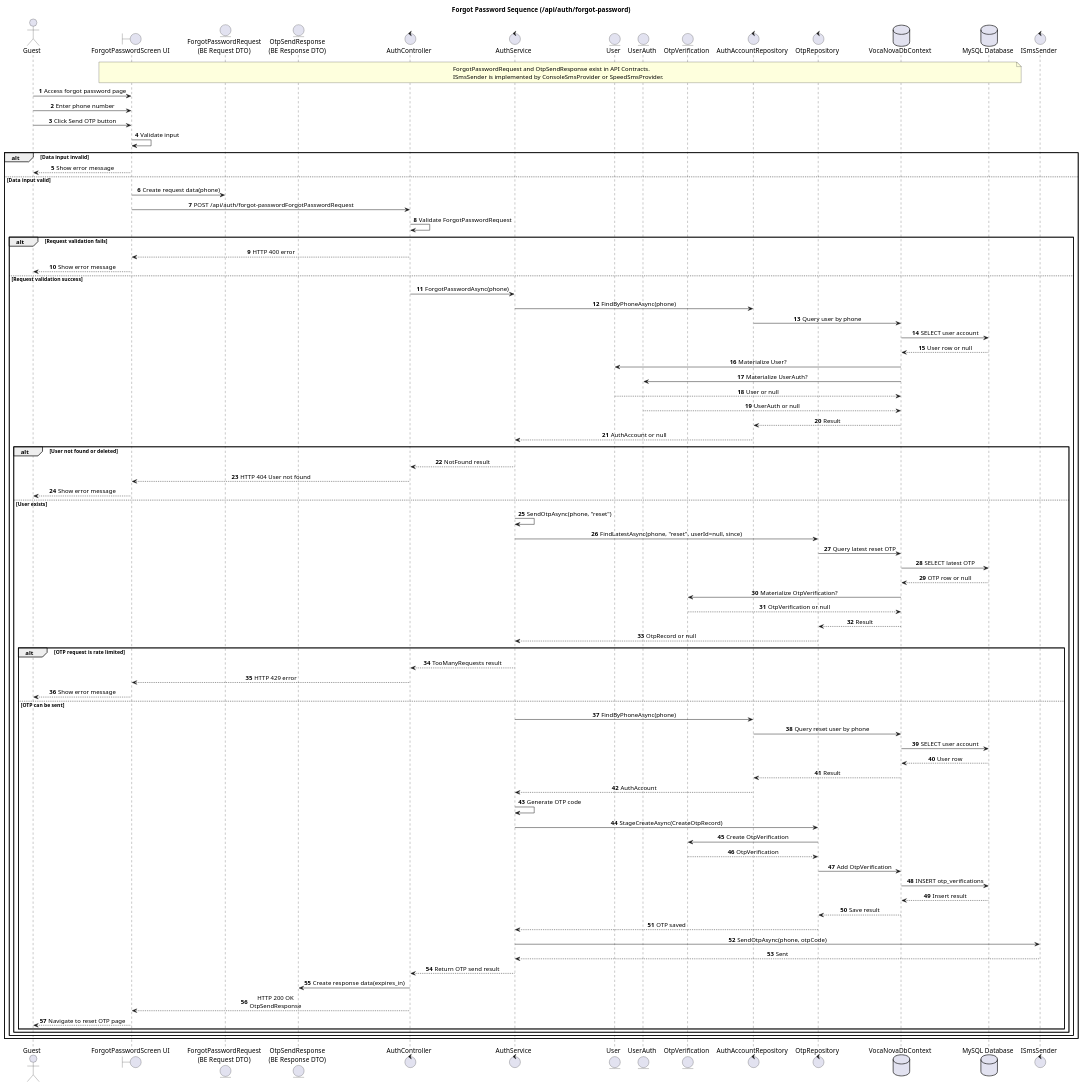
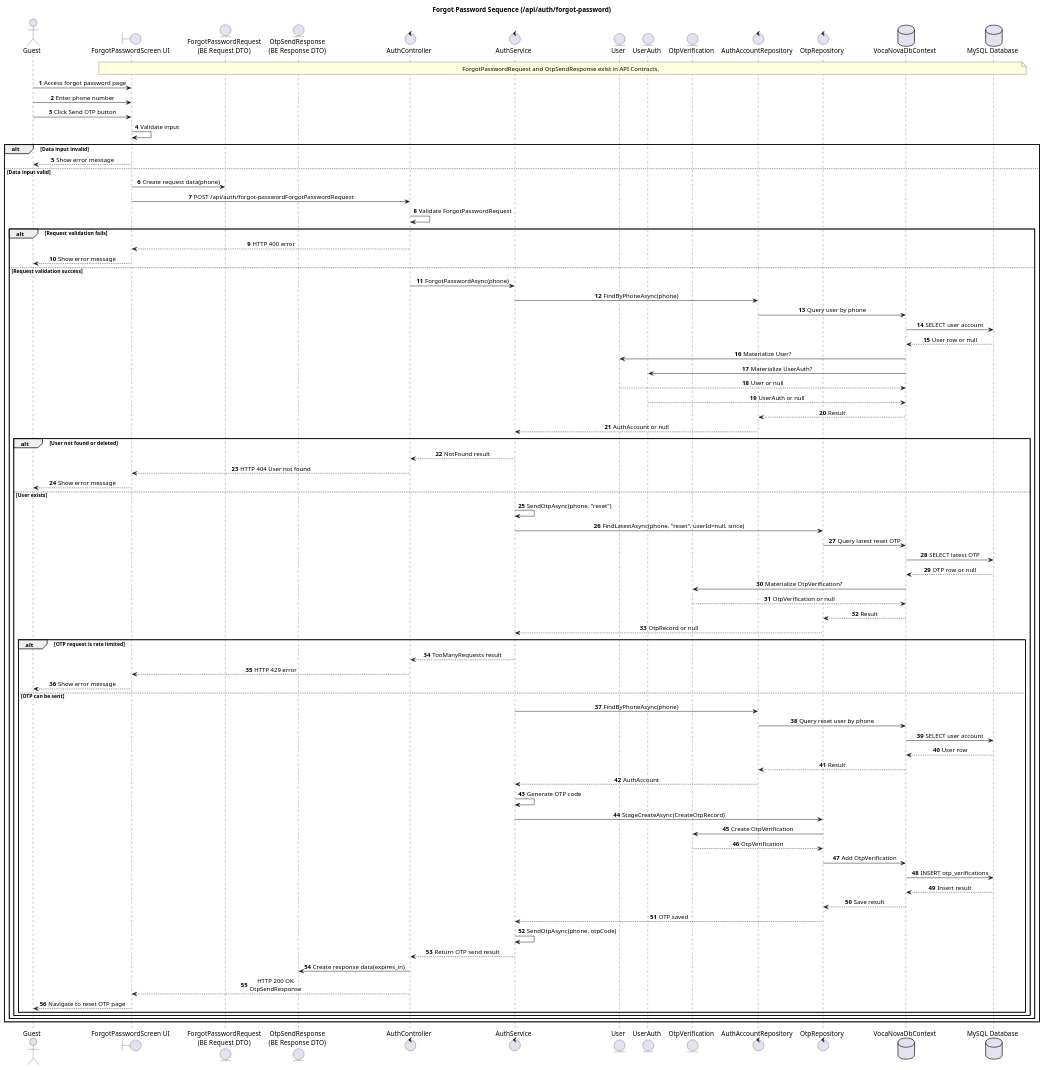
Before and after one commit to thisIsCenx04/VocaNova: the diagram in docs/diagrams/auth-forgot-password-sequence.puml, drawn with PlantUML. The commit also changed 69 other files, not shown here.

Commit message:
fix/sequences and class

```diff
--- a/docs/diagrams/auth-forgot-password-sequence.puml
+++ b/docs/diagrams/auth-forgot-password-sequence.puml
@@ -1,93 +1,90 @@
 @startuml
 title Forgot Password Sequence (/api/auth/forgot-password)
 autonumber
 skinparam responseMessageBelowArrow true
 skinparam sequenceMessageAlign center
 actor Guest
 boundary "ForgotPasswordScreen UI" as ForgotPasswordScreen
 entity "ForgotPasswordRequest\n(BE Request DTO)" as ForgotPasswordRequestDto
 entity "OtpSendResponse\n(BE Response DTO)" as ForgotPasswordResponseDto
 control "AuthController" as AuthController
 control "AuthService" as AuthService
 entity "User" as UserEntity
 entity "UserAuth" as UserAuthEntity
 entity "OtpVerification" as OtpEntity
 control "AuthAccountRepository" as AuthAccountRepository
 control "OtpRepository" as OtpRepository
 database "VocaNovaDbContext" as DbContext
 database "MySQL Database" as MySQL
-control "ISmsSender" as SmsSender
 note over ForgotPasswordScreen, MySQL
 ForgotPasswordRequest and OtpSendResponse exist in API Contracts.
-ISmsSender is implemented by ConsoleSmsProvider or SpeedSmsProvider.
 end note
 Guest -> ForgotPasswordScreen: Access forgot password page
 Guest -> ForgotPasswordScreen: Enter phone number
 Guest -> ForgotPasswordScreen: Click Send OTP button
 ForgotPasswordScreen -> ForgotPasswordScreen: Validate input
 alt Data input invalid
 ForgotPasswordScreen --> Guest: Show error message
 else Data input valid
 ForgotPasswordScreen -> ForgotPasswordRequestDto: Create request data(phone)
 ForgotPasswordScreen -> AuthController: POST /api/auth/forgot-passwordForgotPasswordRequest
 AuthController -> AuthController: Validate ForgotPasswordRequest
 alt Request validation fails
 AuthController --> ForgotPasswordScreen: HTTP 400 error
 ForgotPasswordScreen --> Guest: Show error message
 else Request validation success
 AuthController -> AuthService: ForgotPasswordAsync(phone)
 AuthService -> AuthAccountRepository: FindByPhoneAsync(phone)
 AuthAccountRepository -> DbContext: Query user by phone
 DbContext -> MySQL: SELECT user account
 MySQL --> DbContext: User row or null
 DbContext -> UserEntity: Materialize User?
 DbContext -> UserAuthEntity: Materialize UserAuth?
 UserEntity --> DbContext: User or null
 UserAuthEntity --> DbContext: UserAuth or null
 DbContext --> AuthAccountRepository: Result
 AuthAccountRepository --> AuthService: AuthAccount or null
 alt User not found or deleted
 AuthService --> AuthController: NotFound result
 AuthController --> ForgotPasswordScreen: HTTP 404 User not found
 ForgotPasswordScreen --> Guest: Show error message
 else User exists
 AuthService -> AuthService: SendOtpAsync(phone, "reset")
 AuthService -> OtpRepository: FindLatestAsync(phone, "reset", userId=null, since)
 OtpRepository -> DbContext: Query latest reset OTP
 DbContext -> MySQL: SELECT latest OTP
 MySQL --> DbContext: OTP row or null
 DbContext -> OtpEntity: Materialize OtpVerification?
 OtpEntity --> DbContext: OtpVerification or null
 DbContext --> OtpRepository: Result
 OtpRepository --> AuthService: OtpRecord or null
 alt OTP request is rate limited
 AuthService --> AuthController: TooManyRequests result
 AuthController --> ForgotPasswordScreen: HTTP 429 error
 ForgotPasswordScreen --> Guest: Show error message
 else OTP can be sent
 AuthService -> AuthAccountRepository: FindByPhoneAsync(phone)
 AuthAccountRepository -> DbContext: Query reset user by phone
 DbContext -> MySQL: SELECT user account
 MySQL --> DbContext: User row
 DbContext --> AuthAccountRepository: Result
 AuthAccountRepository --> AuthService: AuthAccount
 AuthService -> AuthService: Generate OTP code
 AuthService -> OtpRepository: StageCreateAsync(CreateOtpRecord)
 OtpRepository -> OtpEntity: Create OtpVerification
 OtpEntity --> OtpRepository: OtpVerification
 OtpRepository -> DbContext: Add OtpVerification
 DbContext -> MySQL: INSERT otp_verifications
 MySQL --> DbContext: Insert result
 DbContext --> OtpRepository: Save result
 OtpRepository --> AuthService: OTP saved
-AuthService -> SmsSender: SendOtpAsync(phone, otpCode)
-SmsSender --> AuthService: Sent
+AuthService -> AuthService: SendOtpAsync(phone, otpCode)
 AuthService --> AuthController: Return OTP send result
 AuthController -> ForgotPasswordResponseDto: Create response data(expires_in)
 AuthController --> ForgotPasswordScreen: HTTP 200 OK\nOtpSendResponse
 ForgotPasswordScreen --> Guest: Navigate to reset OTP page
 end
 end
 end
 end
 @enduml
```
